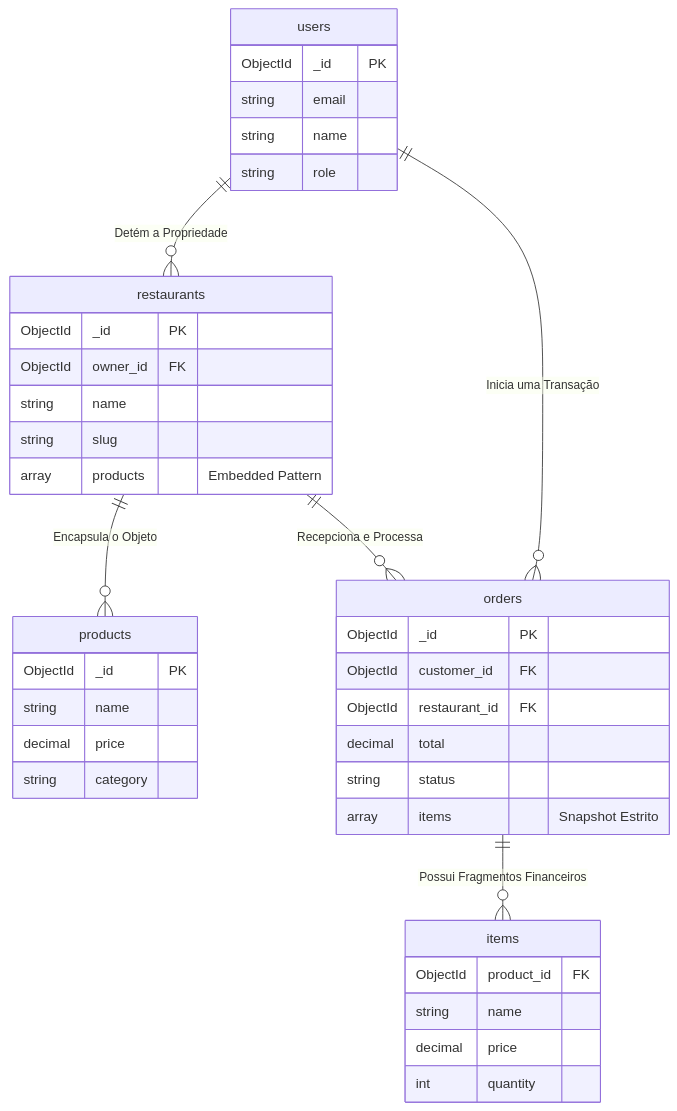
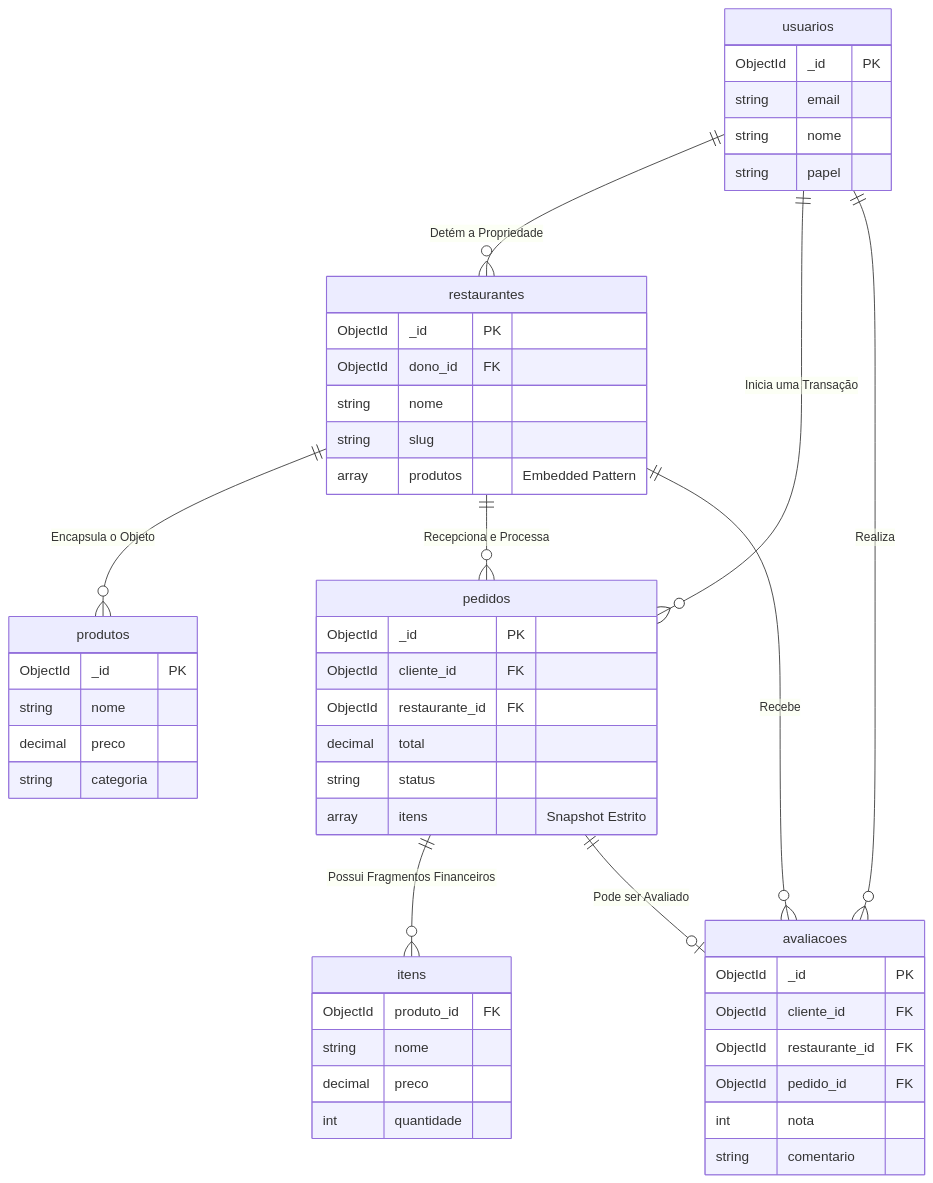
One commit to FABIOARGEL/cardapio-online changed the diagram in docs/06-modelagem-mongodb.md. Above: the diagram before and after it, drawn with Mermaid. The commit also changed other lines of this file, not shown here.

````diff
--- a/docs/06-modelagem-mongodb.md
+++ b/docs/06-modelagem-mongodb.md
@@ -200,46 +227,58 @@
 ```mermaid
 erDiagram
-    users {
+    usuarios {
         ObjectId _id PK
         string email
-        string name
-        string role
+        string nome
+        string papel
     }
 
-    restaurants {
+    restaurantes {
         ObjectId _id PK
-        ObjectId owner_id FK
-        string name
+        ObjectId dono_id FK
+        string nome
         string slug
-        array products "Embedded Pattern"
+        array produtos "Embedded Pattern"
     }
 
-    products {
+    produtos {
         ObjectId _id PK
-        string name
-        decimal price
-        string category
+        string nome
+        decimal preco
+        string categoria
     }
 
-    orders {
+    pedidos {
         ObjectId _id PK
-        ObjectId customer_id FK
-        ObjectId restaurant_id FK
+        ObjectId cliente_id FK
+        ObjectId restaurante_id FK
         decimal total
         string status
-        array items "Snapshot Estrito"
+        array itens "Snapshot Estrito"
     }
 
-    items {
-        ObjectId product_id FK
-        string name
-        decimal price
-        int quantity
+    itens {
+        ObjectId produto_id FK
+        string nome
+        decimal preco
+        int quantidade
     }
 
-    users ||--o{ restaurants : "Detém a Propriedade"
-    users ||--o{ orders : "Inicia uma Transação"
-    restaurants ||--o{ products : "Encapsula o Objeto"
-    restaurants ||--o{ orders : "Recepciona e Processa"
-    orders ||--o{ items : "Possui Fragmentos Financeiros"
+    avaliacoes {
+        ObjectId _id PK
+        ObjectId cliente_id FK
+        ObjectId restaurante_id FK
+        ObjectId pedido_id FK
+        int nota
+        string comentario
+    }
+
+    usuarios ||--o{ restaurantes : "Detém a Propriedade"
+    usuarios ||--o{ pedidos : "Inicia uma Transação"
+    usuarios ||--o{ avaliacoes : "Realiza"
+    restaurantes ||--o{ produtos : "Encapsula o Objeto"
+    restaurantes ||--o{ pedidos : "Recepciona e Processa"
+    restaurantes ||--o{ avaliacoes : "Recebe"
+    pedidos ||--o{ itens : "Possui Fragmentos Financeiros"
+    pedidos ||--o| avaliacoes : "Pode ser Avaliado"
 ```
````
